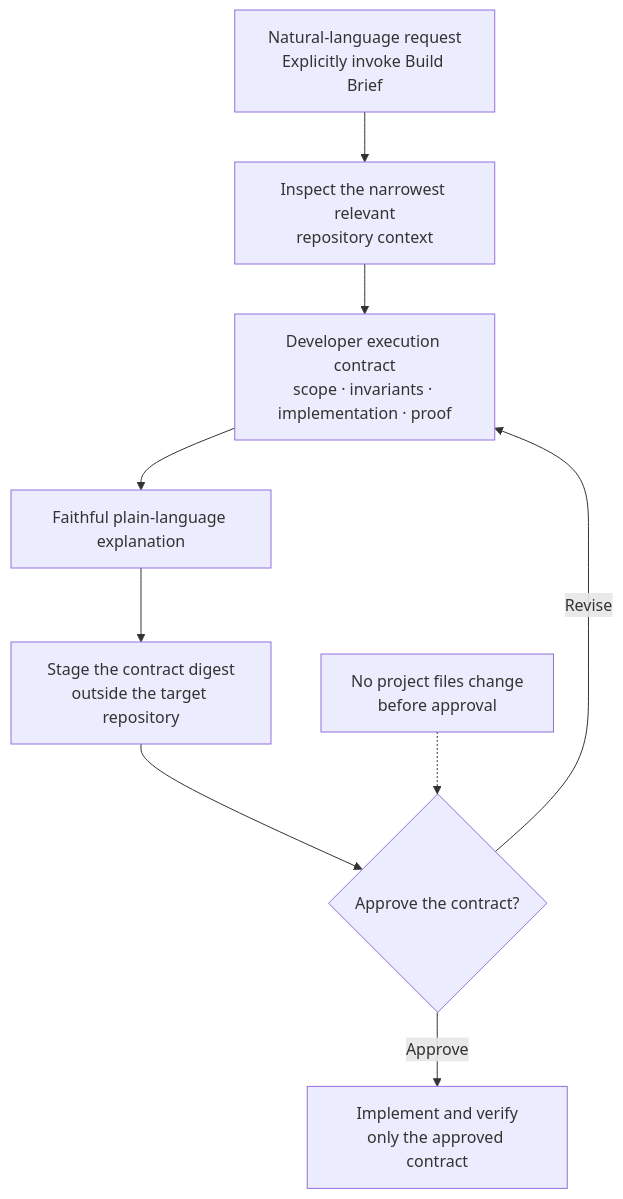
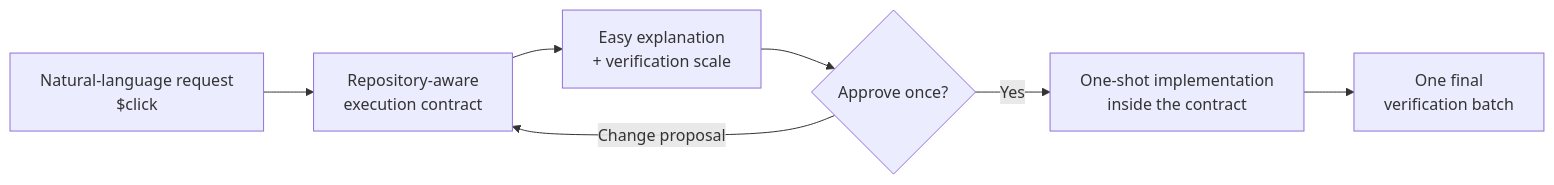
The diagram in README.md (grapefruit0205/build-brief), drawn with Mermaid before and after one commit. The commit also changed other lines of this file and 23 other files, not shown here.

Commit message:
Release Click 0.9.0 one-shot workflow

````diff
--- a/README.md
+++ b/README.md
@@ -51,11 +22,9 @@
 ```mermaid
-flowchart TD
-    A["Natural-language request<br/>Explicitly invoke Build Brief"] --> B["Inspect the narrowest relevant<br/>repository context"]
-    B --> C["Developer execution contract<br/>scope · invariants · implementation · proof"]
-    C --> D["Faithful plain-language explanation"]
-    D --> E["Stage the contract digest<br/>outside the target repository"]
-    E --> F{"Approve the contract?"}
-    F -->|Approve| G["Implement and verify<br/>only the approved contract"]
-    F -->|Revise| C
-    H["No project files change<br/>before approval"] -.-> F
+flowchart LR
+    A["Natural-language request<br/>$click"] --> B["Repository-aware<br/>execution contract"]
+    B --> C["Easy explanation<br/>+ verification scale"]
+    C --> D{"Approve once?"}
+    D -->|Yes| E["One-shot implementation<br/>inside the contract"]
+    E --> F["One final<br/>verification batch"]
+    D -->|Change proposal| B
 ```
````
